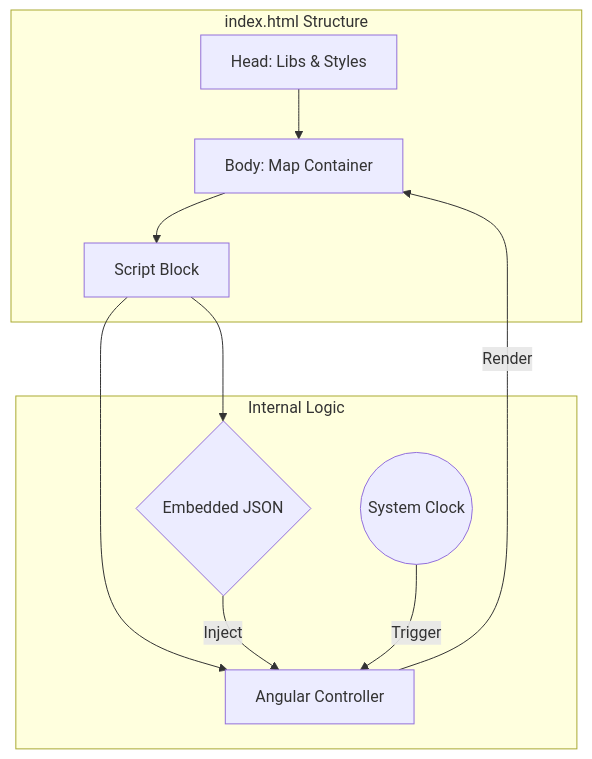
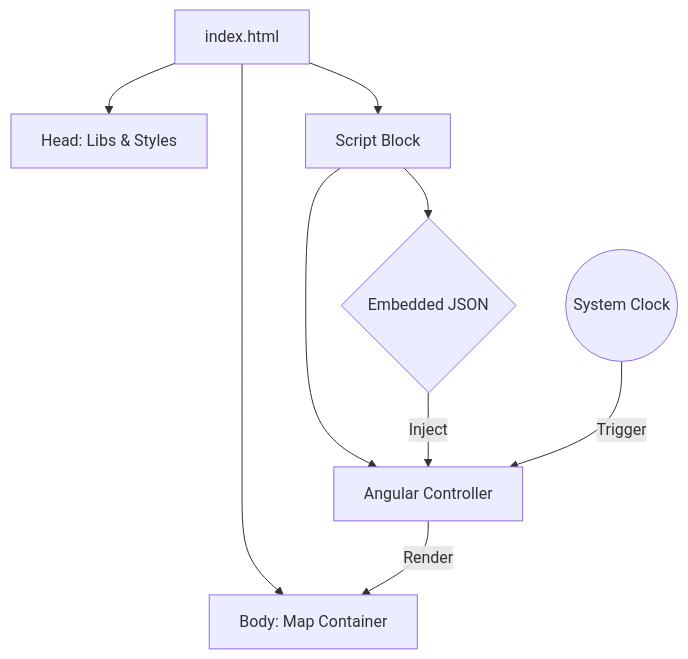
One commit to dugann/gis-field-maps changed the diagram in README.md. Above: the diagram before and after it, drawn with Mermaid.

Commit message:
Refactor code structure diagram in README

````diff
--- a/README.md
+++ b/README.md
@@ -14,24 +14,13 @@
 ```mermaid
 graph TD
-    subgraph File [index.html Structure]
-        Head[Head: Libs & Styles]
-        Body[Body: Map Container]
-        Script[Script Block]
-    end
-
-    Head --> Body
-    Body --> Script
-
-    subgraph Logic [Internal Logic]
-        Data{Embedded JSON}
-        Ctrl[Angular Controller]
-        Clock((System Clock))
-    end
-
-    Script --> Data
-    Script --> Ctrl
+    File[index.html] --> Head[Head: Libs & Styles]
+    File --> Body[Body: Map Container]
+    File --> Script[Script Block]
+    
+    Script --> Data{Embedded JSON}
+    Script --> Ctrl[Angular Controller]
     
     Data -->|Inject| Ctrl
-    Clock -->|Trigger| Ctrl
+    Clock((System Clock)) -->|Trigger| Ctrl
     Ctrl -->|Render| Body
 ```
````
